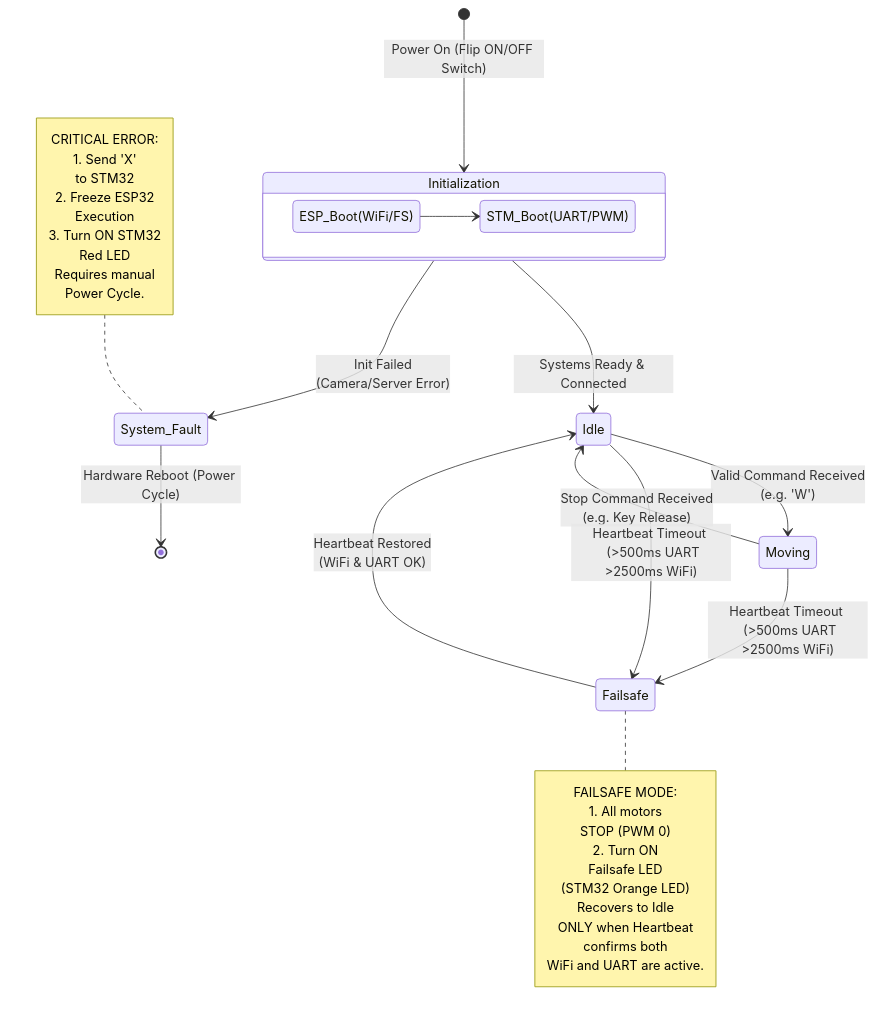
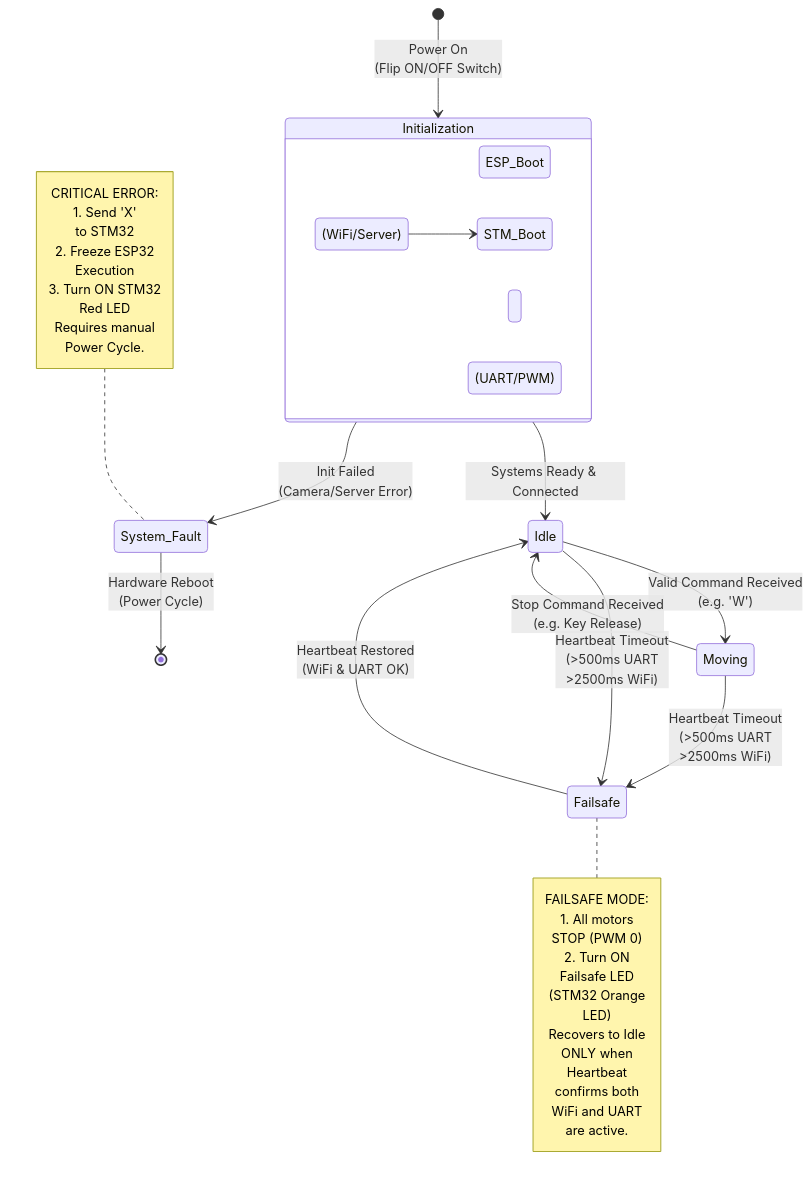
One commit to paulantofe/D.A.R.T. changed the third of 3 diagrams in README.md. Above: the diagram before and after it, drawn with Mermaid.

Commit message:
docs: enhance formatting in state machine diagram
Updated state machine diagram with improved formatting for clarity.

````diff
--- a/README.md
+++ b/README.md
@@ -140,37 +140,37 @@
 ```mermaid
 stateDiagram-v2
-    [*] --> Initialization : Power On (Flip ON/OFF Switch)
+    [*] --> Initialization : Power On <br> (Flip ON/OFF Switch)
     
     state Initialization {
         direction LR
-        ESP_Boot(WiFi/FS) --> STM_Boot(UART/PWM)
+        ESP_Boot <br> (WiFi/Server) --> STM_Boot <br> (UART/PWM)
     }
 
     Initialization --> Idle : Systems Ready & Connected
     Initialization --> System_Fault : Init Failed <br> (Camera/Server Error)
 
     Idle --> Moving : Valid Command Received <br> (e.g. 'W')
     Moving --> Idle : Stop Command Received <br> (e.g. Key Release)
 
-    Moving --> Failsafe : Heartbeat Timeout <br>  (>500ms UART >2500ms WiFi)
-    Idle --> Failsafe : Heartbeat Timeout <br>  (>500ms UART >2500ms WiFi)
+    Moving --> Failsafe : Heartbeat Timeout <br>  (>500ms UART <br>  >2500ms WiFi)
+    Idle --> Failsafe : Heartbeat Timeout <br>  (>500ms UART <br>  >2500ms WiFi)
 
     Failsafe --> Idle : Heartbeat Restored <br> (WiFi & UART OK)
-    System_Fault --> [*] : Hardware Reboot (Power Cycle)
+    System_Fault --> [*] : Hardware Reboot <br> (Power Cycle)
 
     note left of System_Fault
         CRITICAL ERROR:
         1. Send 'X'  <br> to STM32
         2. Freeze ESP32  <br> Execution
         3. Turn ON STM32 <br>  Red LED
         Requires manual  <br> Power Cycle.
     end note
 
     note right of Failsafe
         FAILSAFE MODE:
         1. All motors <br> STOP (PWM 0)
-        2. Turn ON  <br> Failsafe LED  <br> (STM32 Orange LED)
-        Recovers to Idle  <br> ONLY when Heartbeat 
-        confirms both  <br> WiFi and UART are active.
+        2. Turn ON  <br> Failsafe LED  <br> (STM32 Orange <br>  LED)
+        Recovers to Idle  <br> ONLY when <br>  Heartbeat 
+        confirms both  <br> WiFi and UART <br>  are active.
     end note
 ```
````
